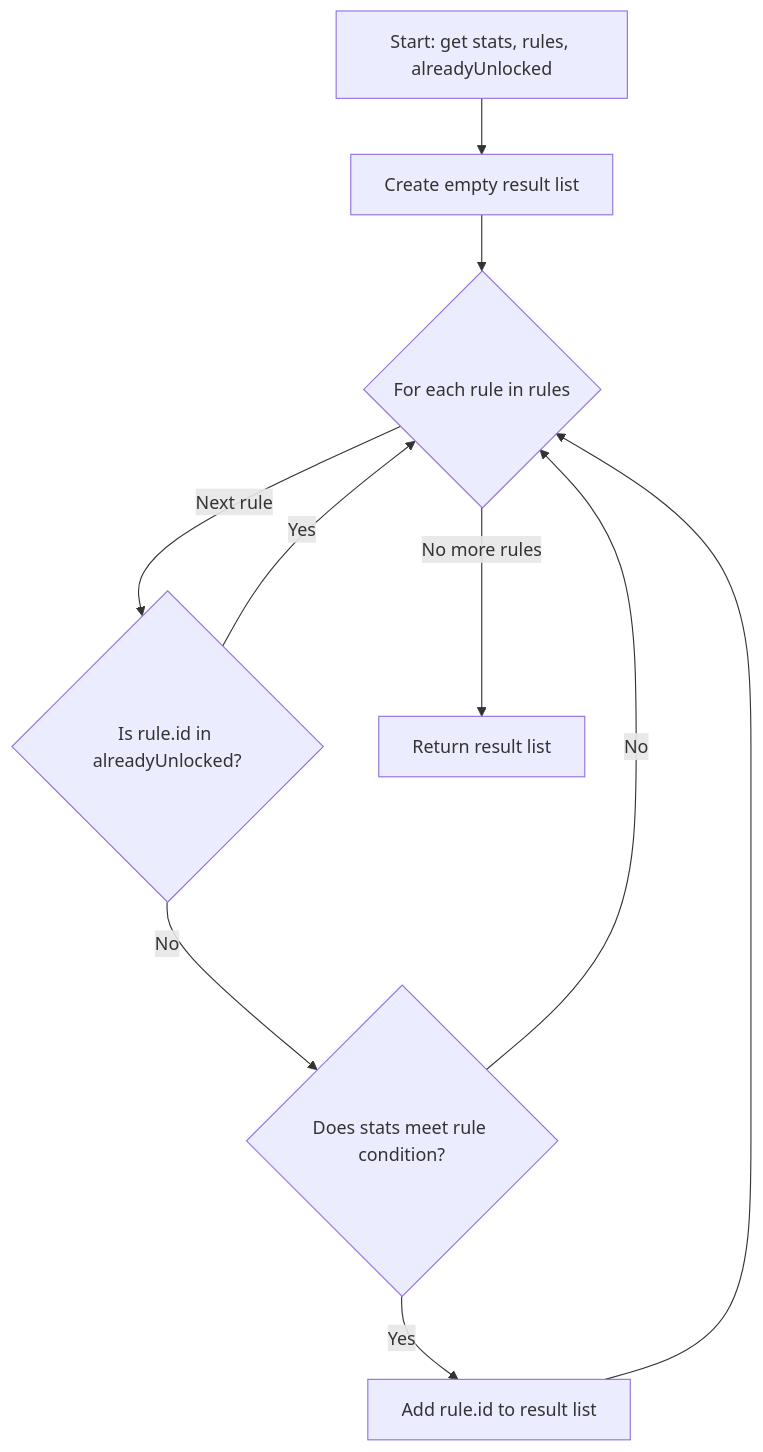
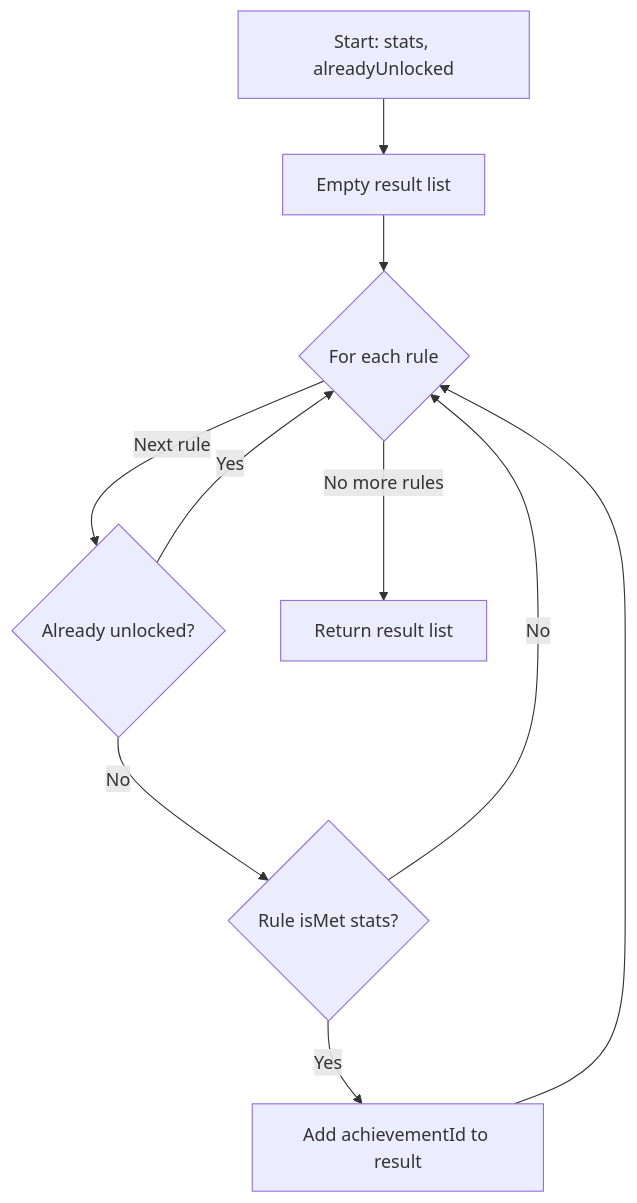
One commit to sokoluk-andrey/tsi-software-engineering changed the second of 3 diagrams in docs/architecture/flow_achievement_unlock.md. Above: the diagram before and after it, drawn with Mermaid. The commit also changed other lines of this file, not shown here.

Commit message:
Diagram updated

````diff
--- a/docs/architecture/flow_achievement_unlock.md
+++ b/docs/architecture/flow_achievement_unlock.md
@@ -39,12 +43,12 @@
 ```mermaid
 flowchart TD
-    A[Start: get stats, rules, alreadyUnlocked] --> B[Create empty result list]
-    B --> C{For each rule in rules}
-    C -->|Next rule| D{Is rule.id in alreadyUnlocked?}
+    A[Start: stats, alreadyUnlocked] --> B[Empty result list]
+    B --> C{For each rule}
+    C -->|Next rule| D{Already unlocked?}
     D -->|Yes| C
-    D -->|No| E{Does stats meet rule condition?}
+    D -->|No| E{Rule isMet stats?}
     E -->|No| C
-    E -->|Yes| F[Add rule.id to result list]
+    E -->|Yes| F[Add achievementId to result]
     F --> C
     C -->|No more rules| G[Return result list]
 ```
````
